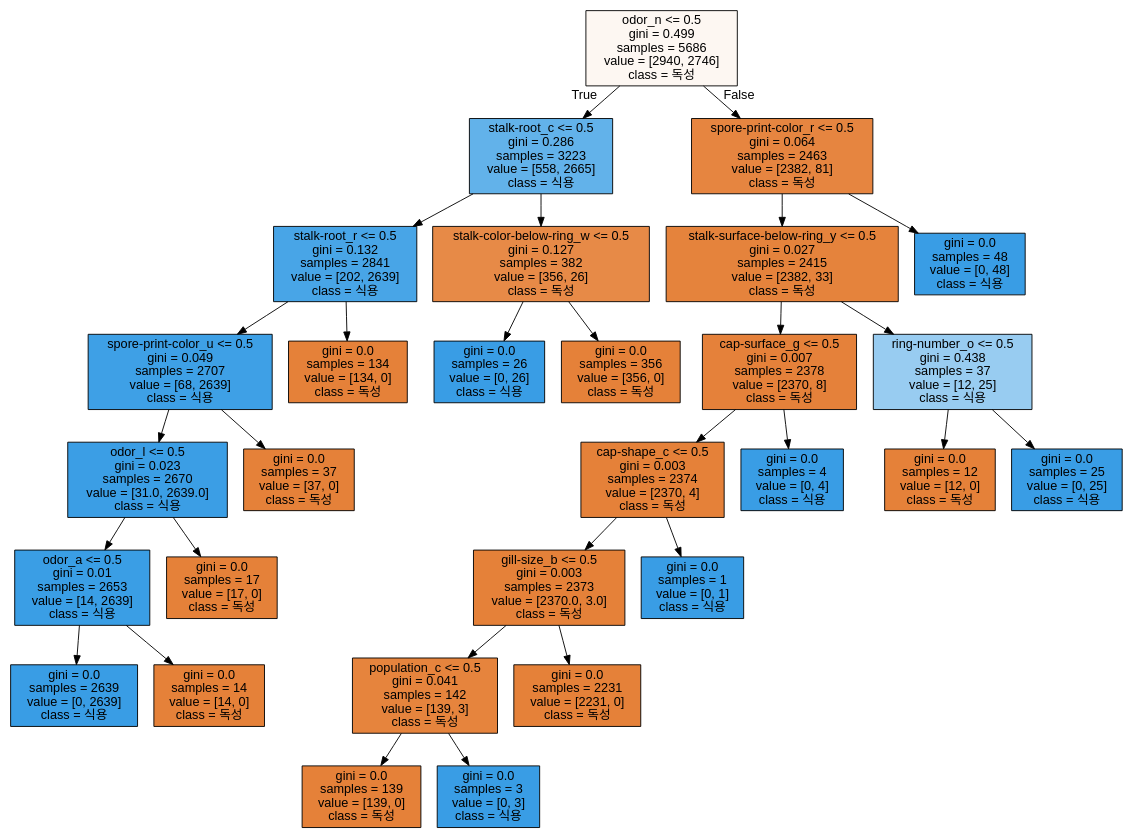
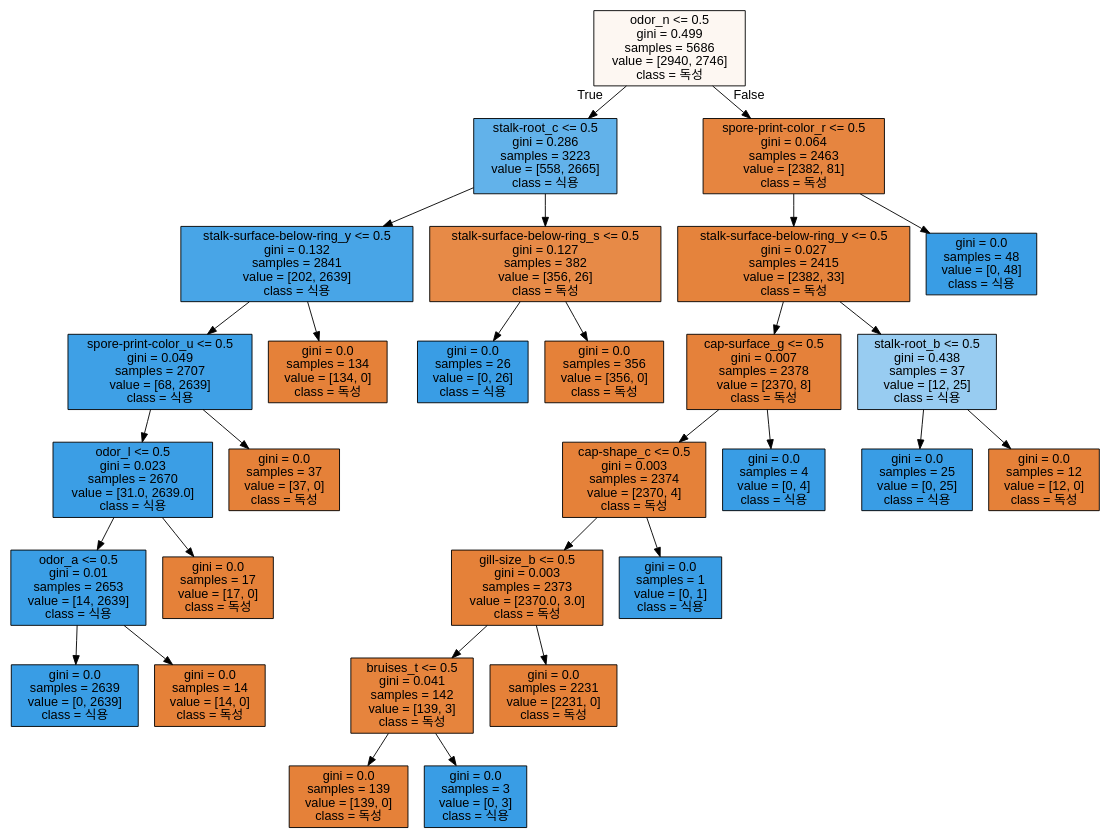
Before and after one commit to hongjinkong/study: the diagram in machine learning/data/tree.dot, drawn with Graphviz. The commit also changed 13 other files, not shown here.

```diff
--- a/machine learning/data/tree.dot
+++ b/machine learning/data/tree.dot
@@ -1,61 +1,61 @@
 digraph Tree {
 node [shape=box, style="filled", color="black", fontname="helvetica"] ;
 edge [fontname="helvetica"] ;
 0 [label="odor_n <= 0.5\ngini = 0.499\nsamples = 5686\nvalue = [2940, 2746]\nclass = 독성", fillcolor="#fdf7f2"] ;
 1 [label="stalk-root_c <= 0.5\ngini = 0.286\nsamples = 3223\nvalue = [558, 2665]\nclass = 식용", fillcolor="#62b2ea"] ;
 0 -> 1 [labeldistance=2.5, labelangle=45, headlabel="True"] ;
-2 [label="stalk-root_r <= 0.5\ngini = 0.132\nsamples = 2841\nvalue = [202, 2639]\nclass = 식용", fillcolor="#48a5e7"] ;
+2 [label="stalk-surface-below-ring_y <= 0.5\ngini = 0.132\nsamples = 2841\nvalue = [202, 2639]\nclass = 식용", fillcolor="#48a5e7"] ;
 1 -> 2 ;
 3 [label="spore-print-color_u <= 0.5\ngini = 0.049\nsamples = 2707\nvalue = [68, 2639]\nclass = 식용", fillcolor="#3ea0e6"] ;
 2 -> 3 ;
 4 [label="odor_l <= 0.5\ngini = 0.023\nsamples = 2670\nvalue = [31.0, 2639.0]\nclass = 식용", fillcolor="#3b9ee5"] ;
 3 -> 4 ;
 5 [label="odor_a <= 0.5\ngini = 0.01\nsamples = 2653\nvalue = [14, 2639]\nclass = 식용", fillcolor="#3a9ee5"] ;
 4 -> 5 ;
 6 [label="gini = 0.0\nsamples = 2639\nvalue = [0, 2639]\nclass = 식용", fillcolor="#399de5"] ;
 5 -> 6 ;
 7 [label="gini = 0.0\nsamples = 14\nvalue = [14, 0]\nclass = 독성", fillcolor="#e58139"] ;
 5 -> 7 ;
 8 [label="gini = 0.0\nsamples = 17\nvalue = [17, 0]\nclass = 독성", fillcolor="#e58139"] ;
 4 -> 8 ;
 9 [label="gini = 0.0\nsamples = 37\nvalue = [37, 0]\nclass = 독성", fillcolor="#e58139"] ;
 3 -> 9 ;
 10 [label="gini = 0.0\nsamples = 134\nvalue = [134, 0]\nclass = 독성", fillcolor="#e58139"] ;
 2 -> 10 ;
-11 [label="stalk-color-below-ring_w <= 0.5\ngini = 0.127\nsamples = 382\nvalue = [356, 26]\nclass = 독성", fillcolor="#e78a47"] ;
+11 [label="stalk-surface-below-ring_s <= 0.5\ngini = 0.127\nsamples = 382\nvalue = [356, 26]\nclass = 독성", fillcolor="#e78a47"] ;
 1 -> 11 ;
 12 [label="gini = 0.0\nsamples = 26\nvalue = [0, 26]\nclass = 식용", fillcolor="#399de5"] ;
 11 -> 12 ;
 13 [label="gini = 0.0\nsamples = 356\nvalue = [356, 0]\nclass = 독성", fillcolor="#e58139"] ;
 11 -> 13 ;
 14 [label="spore-print-color_r <= 0.5\ngini = 0.064\nsamples = 2463\nvalue = [2382, 81]\nclass = 독성", fillcolor="#e68540"] ;
 0 -> 14 [labeldistance=2.5, labelangle=-45, headlabel="False"] ;
 15 [label="stalk-surface-below-ring_y <= 0.5\ngini = 0.027\nsamples = 2415\nvalue = [2382, 33]\nclass = 독성", fillcolor="#e5833c"] ;
 14 -> 15 ;
 16 [label="cap-surface_g <= 0.5\ngini = 0.007\nsamples = 2378\nvalue = [2370, 8]\nclass = 독성", fillcolor="#e5813a"] ;
 15 -> 16 ;
 17 [label="cap-shape_c <= 0.5\ngini = 0.003\nsamples = 2374\nvalue = [2370, 4]\nclass = 독성", fillcolor="#e58139"] ;
 16 -> 17 ;
 18 [label="gill-size_b <= 0.5\ngini = 0.003\nsamples = 2373\nvalue = [2370.0, 3.0]\nclass = 독성", fillcolor="#e58139"] ;
 17 -> 18 ;
-19 [label="population_c <= 0.5\ngini = 0.041\nsamples = 142\nvalue = [139, 3]\nclass = 독성", fillcolor="#e6843d"] ;
+19 [label="bruises_t <= 0.5\ngini = 0.041\nsamples = 142\nvalue = [139, 3]\nclass = 독성", fillcolor="#e6843d"] ;
 18 -> 19 ;
 20 [label="gini = 0.0\nsamples = 139\nvalue = [139, 0]\nclass = 독성", fillcolor="#e58139"] ;
 19 -> 20 ;
 21 [label="gini = 0.0\nsamples = 3\nvalue = [0, 3]\nclass = 식용", fillcolor="#399de5"] ;
 19 -> 21 ;
 22 [label="gini = 0.0\nsamples = 2231\nvalue = [2231, 0]\nclass = 독성", fillcolor="#e58139"] ;
 18 -> 22 ;
 23 [label="gini = 0.0\nsamples = 1\nvalue = [0, 1]\nclass = 식용", fillcolor="#399de5"] ;
 17 -> 23 ;
 24 [label="gini = 0.0\nsamples = 4\nvalue = [0, 4]\nclass = 식용", fillcolor="#399de5"] ;
 16 -> 24 ;
-25 [label="ring-number_o <= 0.5\ngini = 0.438\nsamples = 37\nvalue = [12, 25]\nclass = 식용", fillcolor="#98ccf1"] ;
+25 [label="stalk-root_b <= 0.5\ngini = 0.438\nsamples = 37\nvalue = [12, 25]\nclass = 식용", fillcolor="#98ccf1"] ;
 15 -> 25 ;
-26 [label="gini = 0.0\nsamples = 12\nvalue = [12, 0]\nclass = 독성", fillcolor="#e58139"] ;
+26 [label="gini = 0.0\nsamples = 25\nvalue = [0, 25]\nclass = 식용", fillcolor="#399de5"] ;
 25 -> 26 ;
-27 [label="gini = 0.0\nsamples = 25\nvalue = [0, 25]\nclass = 식용", fillcolor="#399de5"] ;
+27 [label="gini = 0.0\nsamples = 12\nvalue = [12, 0]\nclass = 독성", fillcolor="#e58139"] ;
 25 -> 27 ;
 28 [label="gini = 0.0\nsamples = 48\nvalue = [0, 48]\nclass = 식용", fillcolor="#399de5"] ;
 14 -> 28 ;
 }
```
